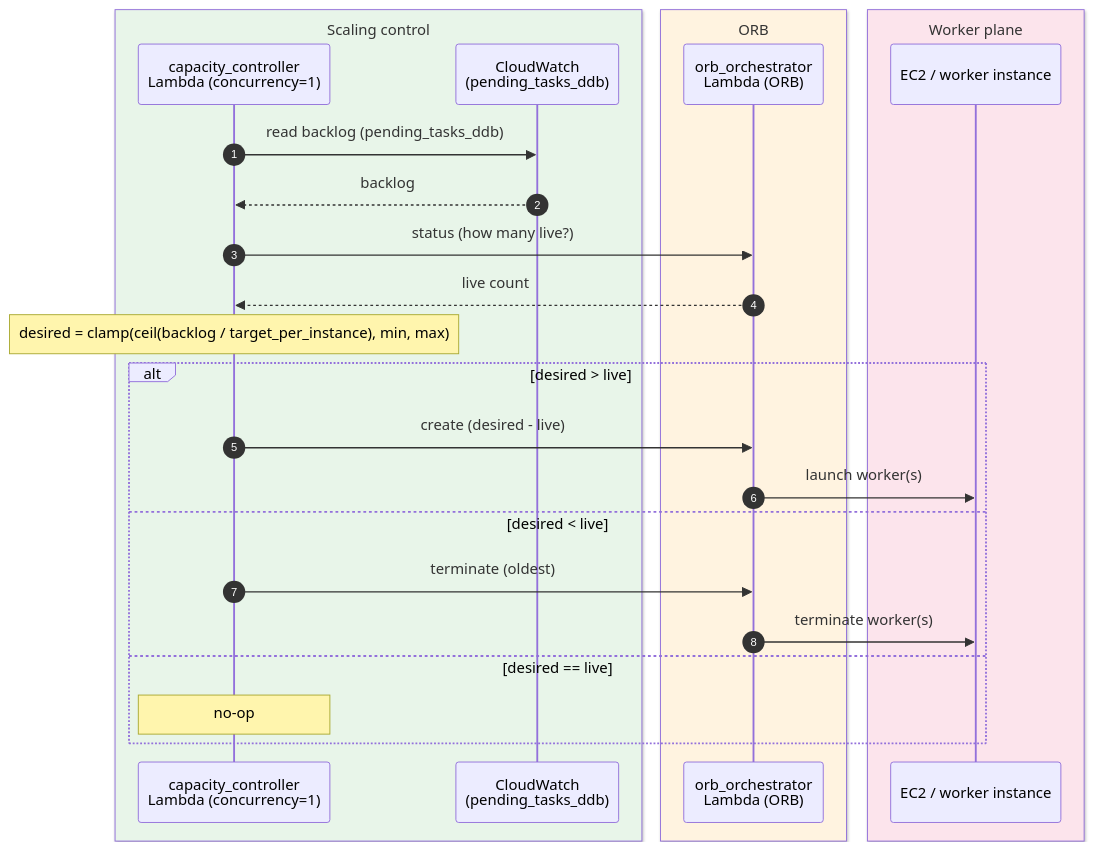
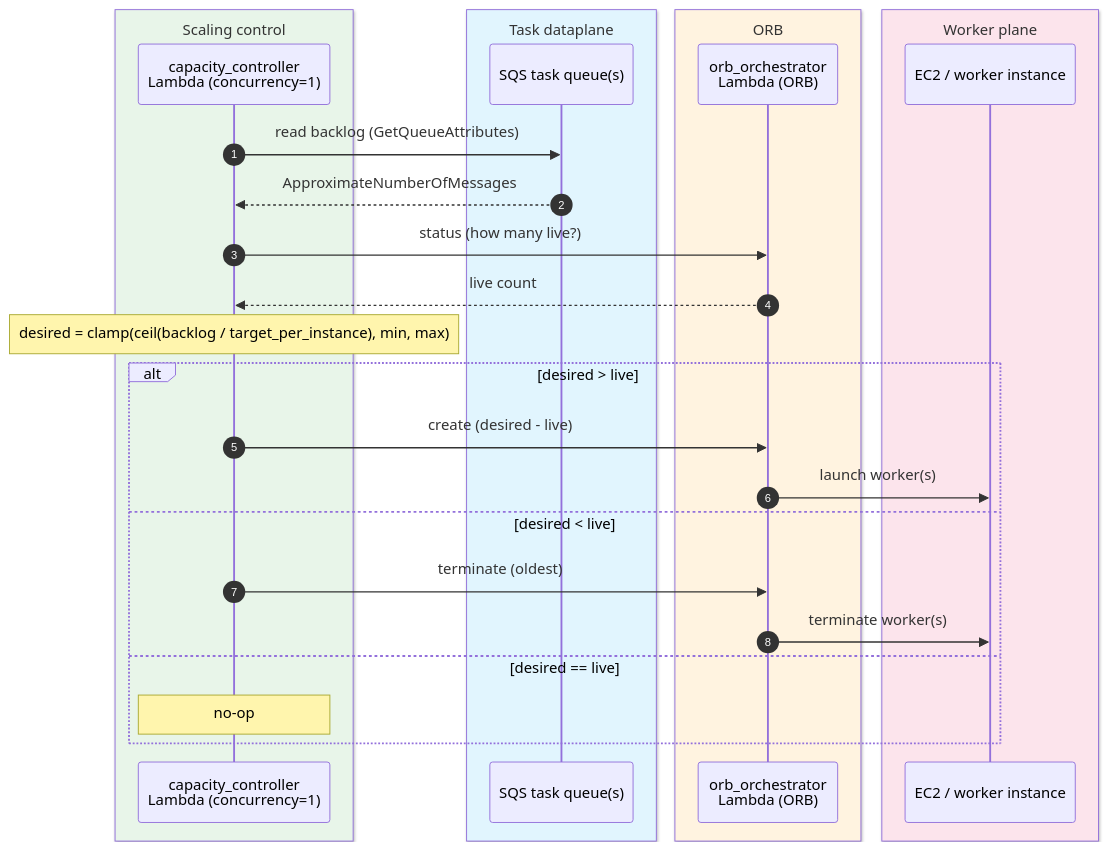
One commit to kirillsc/aws-htc-grid changed the first of 2 diagrams in docs/diagrams/ec2-scaling-sequence.md. Above: the diagram before and after it, drawn with Mermaid. The commit also changed other lines of this file and 12 other files, not shown here.

First line of the commit message:
feat(aws): read SQS backlog directly in capacity_controller

````diff
--- a/docs/diagrams/ec2-scaling-sequence.md
+++ b/docs/diagrams/ec2-scaling-sequence.md
@@ -13,29 +13,31 @@
 ```mermaid
 sequenceDiagram
     autonumber
     box rgb(232,245,233) Scaling control
         participant CTL as capacity_controller<br/>Lambda (concurrency=1)
-        participant CW as CloudWatch<br/>(pending_tasks_ddb)
+    end
+    box rgb(225,245,254) Task dataplane
+        participant SQSQ as SQS task queue(s)
     end
     box rgb(255,243,224) ORB
         participant ORB as orb_orchestrator<br/>Lambda (ORB)
     end
     box rgb(252,228,236) Worker plane
         participant EC2 as EC2 / worker instance
     end
 
-    CTL->>CW: read backlog (pending_tasks_ddb)
-    CW-->>CTL: backlog
+    CTL->>SQSQ: read backlog (GetQueueAttributes)
+    SQSQ-->>CTL: ApproximateNumberOfMessages
     CTL->>ORB: status (how many live?)
     ORB-->>CTL: live count
     Note over CTL: desired = clamp(ceil(backlog / target_per_instance), min, max)
     alt desired > live
         CTL->>ORB: create (desired - live)
         ORB->>EC2: launch worker(s)
     else desired < live
         CTL->>ORB: terminate (oldest)
         ORB->>EC2: terminate worker(s)
     else desired == live
         Note over CTL: no-op
     end
 ```
````
